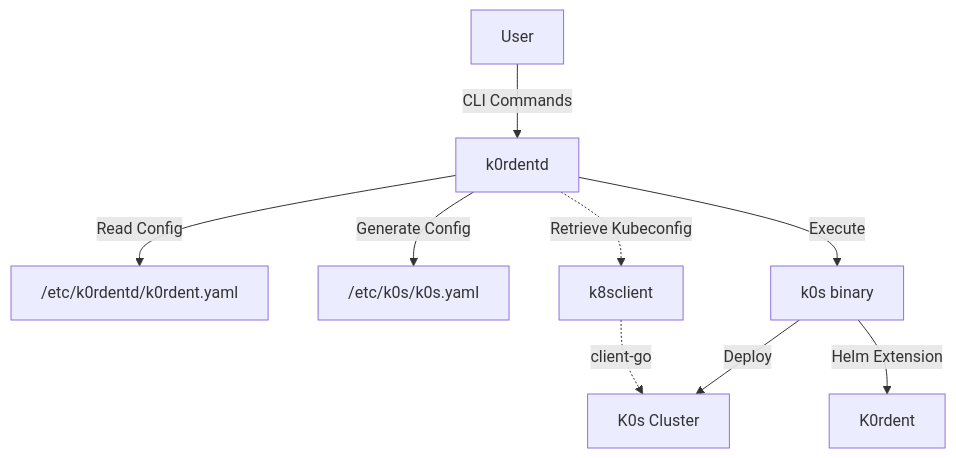
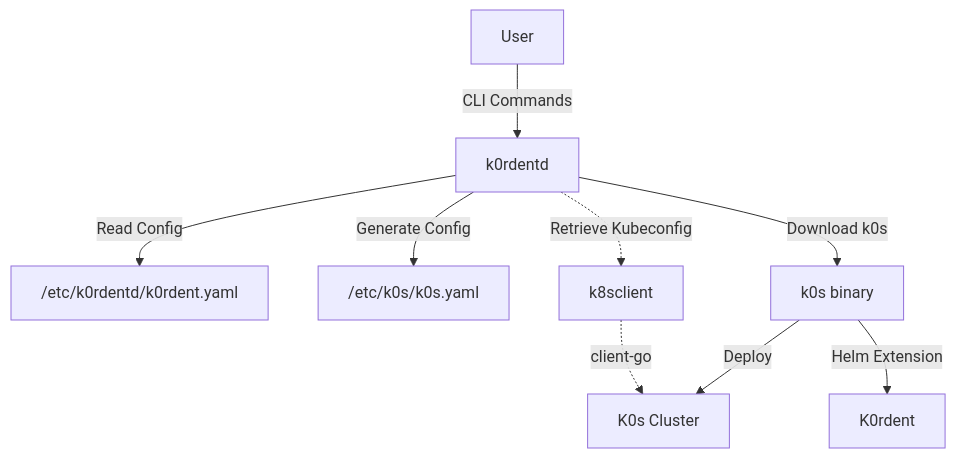
One commit to belgaied2/k0rdentd changed the first of 5 diagrams in ARCHITECTURE.md. Above: the diagram before and after it, drawn with Mermaid. The commit also changed other lines of this file and 1 other file, not shown here.

Commit message:
Updated AGENTS.md and ARCHITECTURE.md for consistency

````diff
--- a/ARCHITECTURE.md
+++ b/ARCHITECTURE.md
@@ -9,11 +11,11 @@
 ```mermaid
 graph TD
     A[User] -->|CLI Commands| B[k0rdentd]
     B -->|Read Config| C["/etc/k0rdentd/k0rdent.yaml"]
     B -->|Generate Config| D["/etc/k0s/k0s.yaml"]
-    B -->|Execute| E[k0s binary]
+    B -->|Download k0s| E[k0s binary]
     E -->|Deploy| F[K0s Cluster]
     E -->|Helm Extension| G[K0rdent]
     B -.->|Retrieve Kubeconfig| H[k8sclient]
     H -.->|client-go| F
 ```
````
